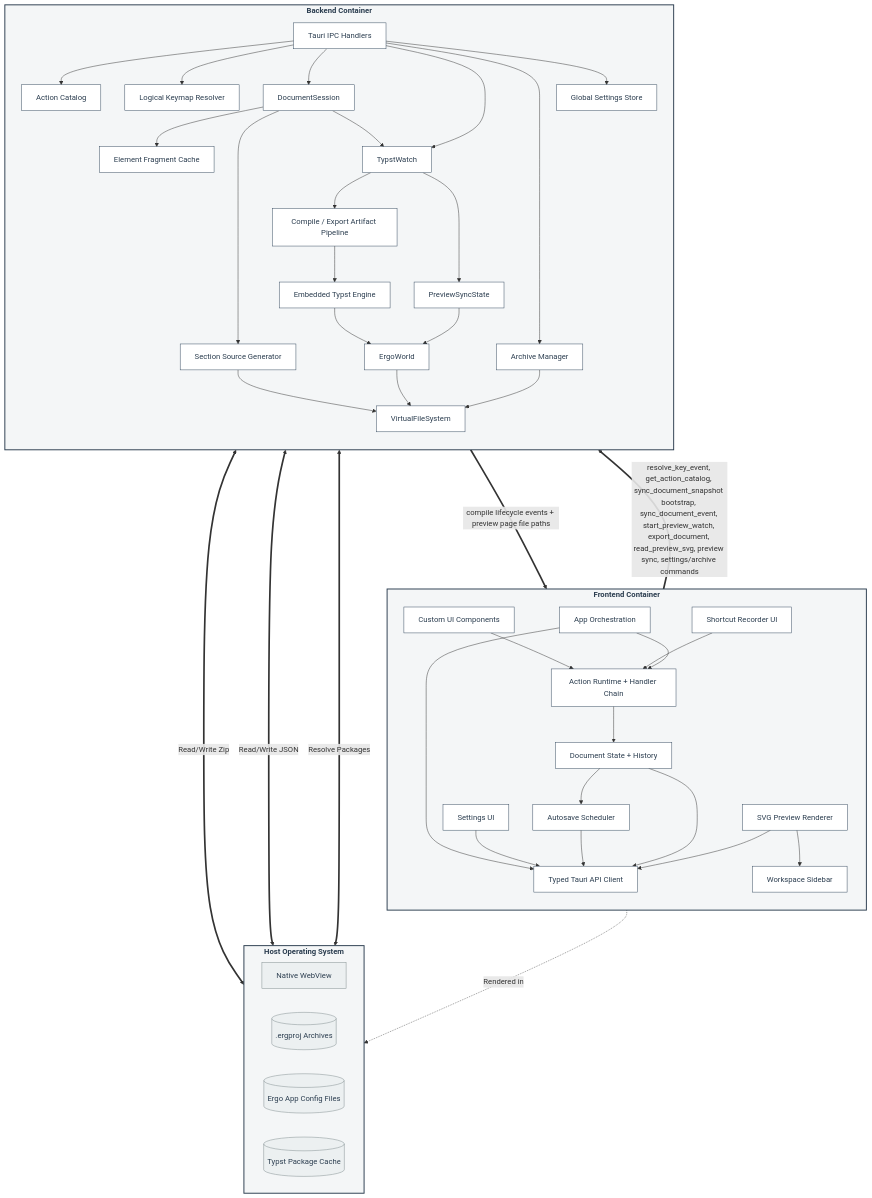
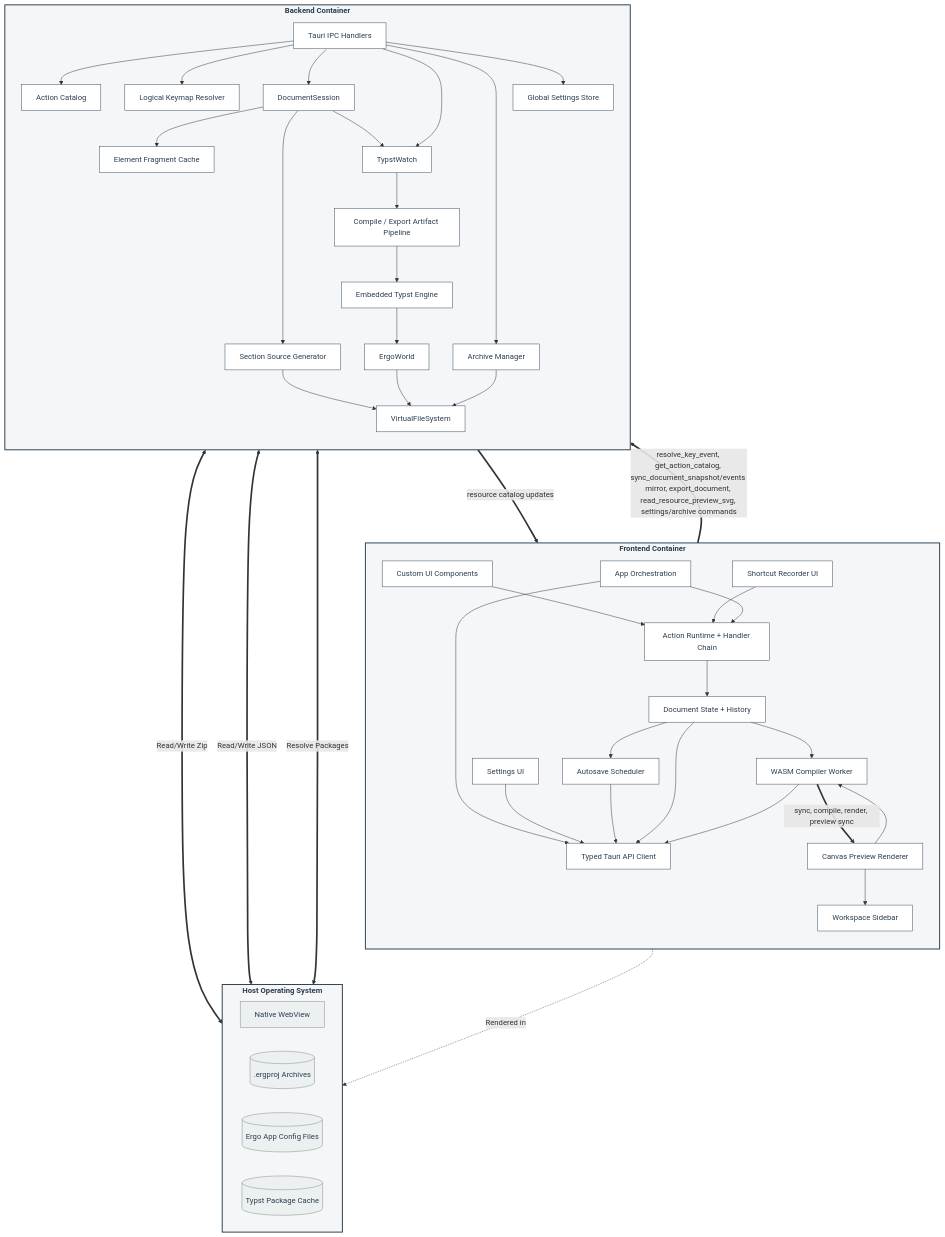
Before and after one commit to andmoreduro/ergo: the diagram in context/component-diagram.md, drawn with Mermaid. The commit also changed other lines of this file and 27 other files, not shown here.

First line of the commit message:
Make WASM the sole main-document preview compiler.

```diff
--- a/context/component-diagram.md
+++ b/context/component-diagram.md
@@ -37,7 +37,8 @@
         AppOrchestration["App Orchestration"]:::comp
         Autosave["Autosave Scheduler"]:::comp
         Sidebar["Workspace Sidebar"]:::comp
-        Preview["SVG Preview Renderer"]:::comp
+        Preview["Canvas Preview Renderer"]:::comp
+        WasmWorker["WASM Compiler Worker"]:::comp
         TauriClient["Typed Tauri API Client"]:::comp
 
         UI --> Commands
@@ -48,9 +49,11 @@
         SettingsUI --> TauriClient
         Autosave --> TauriClient
         DocState --> Autosave
+        DocState --> WasmWorker
+        Preview --> WasmWorker
         DocState --> TauriClient
-        Preview --> TauriClient
         Preview --> Sidebar
+        WasmWorker --> TauriClient
     end
 
     subgraph Backend ["Backend Container"]
@@ -62,7 +65,6 @@
         VFS["VirtualFileSystem"]:::comp
         TypstWatch["TypstWatch"]:::comp
         ArtifactPipeline["Compile / Export Artifact Pipeline"]:::comp
-        PreviewSync["PreviewSyncState"]:::comp
         World["ErgoWorld"]:::comp
         Compiler["Embedded Typst Engine"]:::comp
         Archive["Archive Manager"]:::comp
@@ -82,8 +84,6 @@
         Session --> TypstWatch
         TypstWatch --> ArtifactPipeline
         ArtifactPipeline --> Compiler
-        TypstWatch --> PreviewSync
-        PreviewSync --> World
         Compiler --> World
         World --> VFS
         Archive --> VFS
@@ -98,8 +98,9 @@
     end
 
     Frontend -. "Rendered in" .-> WebView
-    TauriClient == "resolve_key_event, get_action_catalog, sync_document_snapshot bootstrap, sync_document_event, start_preview_watch, export_document, read_preview_svg, preview sync, settings/archive commands" ==> Handlers
-    Handlers == "compile lifecycle events + preview page file paths" ==> TauriClient
+    TauriClient == "resolve_key_event, get_action_catalog, sync_document_snapshot/events mirror, export_document, read_resource_preview_svg, settings/archive commands" ==> Handlers
+    Handlers == "resource catalog updates" ==> TauriClient
+    WasmWorker == "sync, compile, render, preview sync" ==> Preview
     Archive <== "Read/Write Zip" ==> ProjectFiles
     SettingsStore <== "Read/Write JSON" ==> SettingsFile
     Compiler <== "Resolve Packages" ==> TypstCache
```
